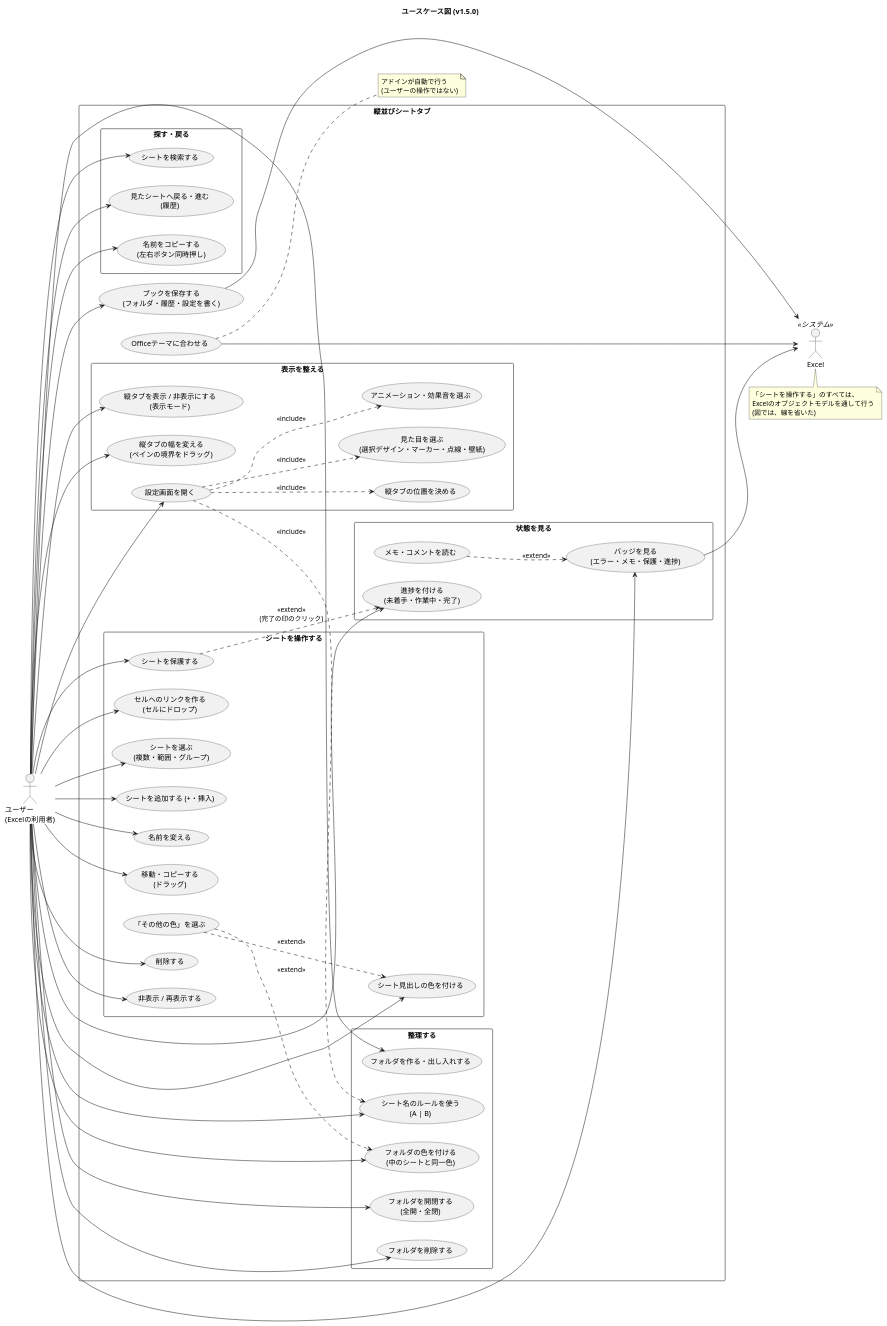
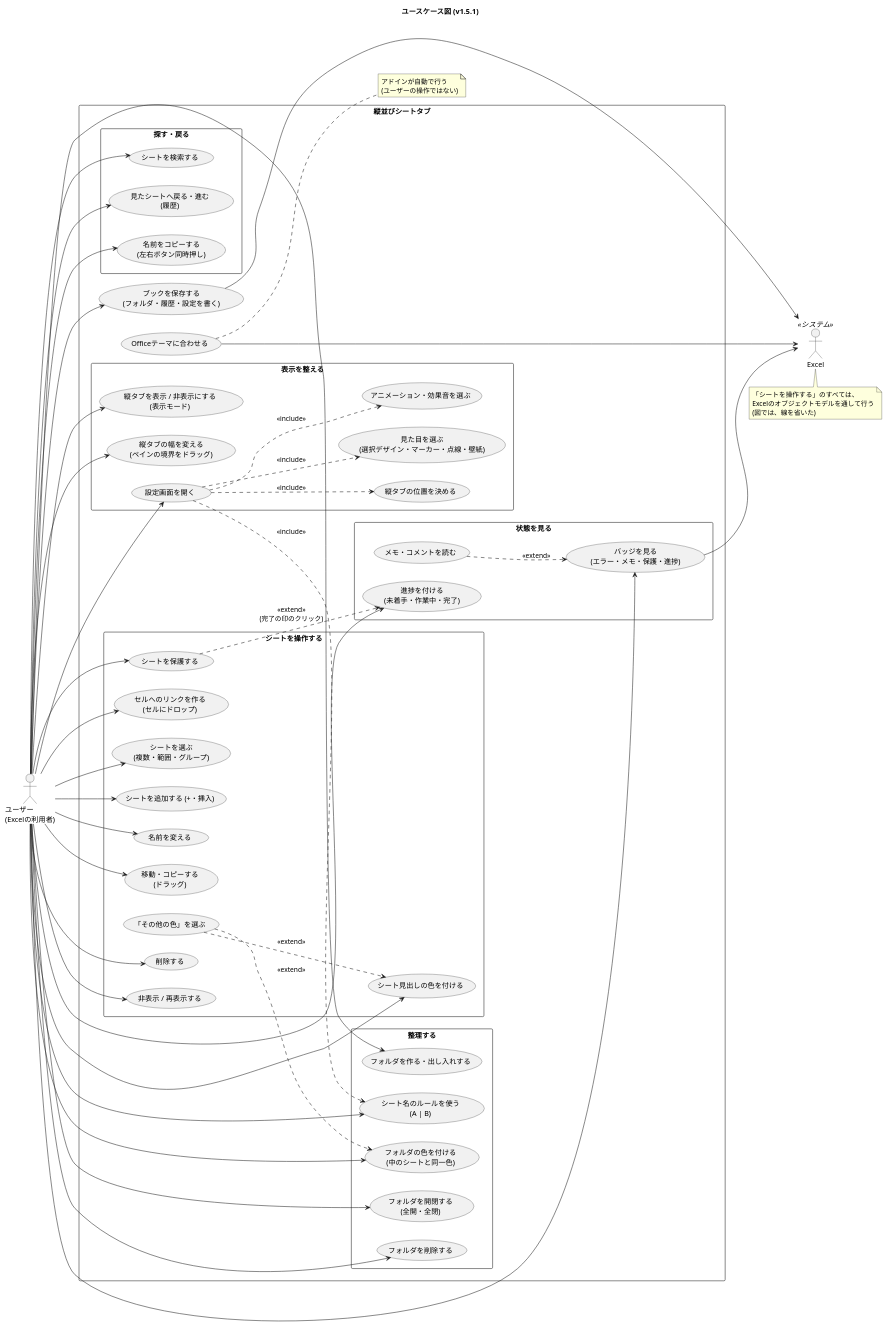
The diagram in docs/usecase.puml (nk-taka623/VerticalSheetTabs), drawn with PlantUML before and after one commit. The commit also changed 14 other files, not shown here.

```diff
--- a/docs/usecase.puml
+++ b/docs/usecase.puml
@@ -1,105 +1,105 @@
 @startuml
-title ユースケース図 (v1.5.0)
+title ユースケース図 (v1.5.1)
 left to right direction
 skinparam shadowing false
 skinparam packageStyle rectangle
 
 actor "ユーザー\n(Excelの利用者)" as U
 actor "Excel" as XL <<システム>>
 
 rectangle "縦並びシートタブ" {
 
   package "シートを操作する" {
     usecase "シートを選ぶ\n(複数・範囲・グループ)" as UC_SEL
     usecase "シートを追加する (+・挿入)" as UC_ADD
     usecase "名前を変える" as UC_REN
     usecase "移動・コピーする\n(ドラッグ)" as UC_MOVE
     usecase "削除する" as UC_DEL
     usecase "非表示 / 再表示する" as UC_HIDE
     usecase "シート見出しの色を付ける" as UC_COLOR
     usecase "「その他の色」を選ぶ" as UC_MORE
     usecase "シートを保護する" as UC_PROT
     usecase "セルへのリンクを作る\n(セルにドロップ)" as UC_LINK
   }
 
   package "整理する" {
     usecase "フォルダを作る・出し入れする" as UC_FOLDER
     usecase "フォルダを開閉する\n(全開・全閉)" as UC_TOGGLE
     usecase "フォルダの色を付ける\n(中のシートと同一色)" as UC_FCOLOR
     usecase "フォルダを削除する" as UC_FDEL
     usecase "シート名のルールを使う\n(A | B)" as UC_RULE
   }
 
   package "探す・戻る" {
     usecase "シートを検索する" as UC_SEARCH
     usecase "見たシートへ戻る・進む\n(履歴)" as UC_HIST
     usecase "名前をコピーする\n(左右ボタン同時押し)" as UC_COPY
   }
 
   package "状態を見る" {
     usecase "バッジを見る\n(エラー・メモ・保護・進捗)" as UC_BADGE
     usecase "メモ・コメントを読む" as UC_MEMO
     usecase "進捗を付ける\n(未着手・作業中・完了)" as UC_PROG
   }
 
   package "表示を整える" {
     usecase "縦タブを表示 / 非表示にする\n(表示モード)" as UC_MODE
     usecase "縦タブの位置を決める" as UC_SIDE
     usecase "縦タブの幅を変える\n(ペインの境界をドラッグ)" as UC_WIDTH
     usecase "設定画面を開く" as UC_SET
     usecase "見た目を選ぶ\n(選択デザイン・マーカー・点線・壁紙)" as UC_LOOK
     usecase "アニメーション・効果音を選ぶ" as UC_ANIM
   }
 
   usecase "ブックを保存する\n(フォルダ・履歴・設定を書く)" as UC_SAVE
   usecase "Officeテーマに合わせる" as UC_THEME
 }
 
 U --> UC_SEL
 U --> UC_ADD
 U --> UC_REN
 U --> UC_MOVE
 U --> UC_DEL
 U --> UC_HIDE
 U --> UC_COLOR
 U --> UC_PROT
 U --> UC_LINK
 U --> UC_FOLDER
 U --> UC_TOGGLE
 U --> UC_FCOLOR
 U --> UC_FDEL
 U --> UC_RULE
 U --> UC_SEARCH
 U --> UC_HIST
 U --> UC_COPY
 U --> UC_BADGE
 U --> UC_PROG
 U --> UC_MODE
 U --> UC_WIDTH
 U --> UC_SET
 U --> UC_SAVE
 
 UC_MORE ..> UC_COLOR : <<extend>>
 UC_MORE ..> UC_FCOLOR : <<extend>>
 UC_MEMO ..> UC_BADGE : <<extend>>
 UC_PROT ..> UC_PROG : <<extend>>\n(完了の印のクリック)
 UC_SET ..> UC_SIDE : <<include>>
 UC_SET ..> UC_LOOK : <<include>>
 UC_SET ..> UC_ANIM : <<include>>
 UC_SET ..> UC_RULE : <<include>>
 
 UC_SAVE --> XL
 UC_THEME --> XL
 UC_BADGE --> XL
 
 note bottom of XL
   「シートを操作する」のすべては、
   Excelのオブジェクトモデルを通して行う
   (図では、線を省いた)
 end note
 
 note right of UC_THEME
   アドインが自動で行う
   (ユーザーの操作ではない)
 end note
 @enduml
```
